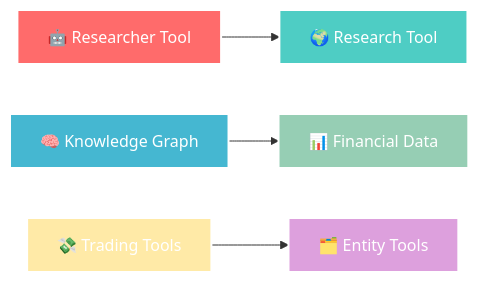
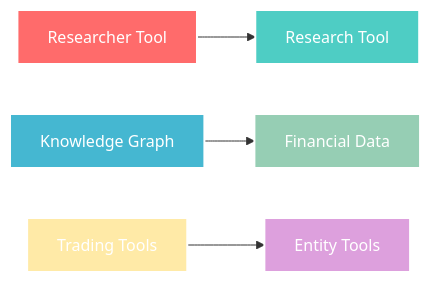
Before and after one commit to arneesh/mcp-autonomous-traders: the first of 2 diagrams in README.md, drawn with Mermaid. The commit also changed other lines of this file, not shown here.

````diff
--- a/README.md
+++ b/README.md
@@ -81,13 +81,13 @@
 ```mermaid
 graph LR
-    A[🤖 Researcher Tool] --> B[🌍 Research Tool]
-    C[🧠 Knowledge Graph] --> D[📊 Financial Data]
-    E[💸 Trading Tools] --> F[🗂️ Entity Tools]
-    
+    A[Researcher Tool] --> B[Research Tool]
+    C[Knowledge Graph] --> D[Financial Data]
+    E[Trading Tools] --> F[Entity Tools]
+
     style A fill:#ff6b6b,stroke:#fff,stroke-width:2px,color:#fff
     style B fill:#4ecdc4,stroke:#fff,stroke-width:2px,color:#fff
     style C fill:#45b7d1,stroke:#fff,stroke-width:2px,color:#fff
     style D fill:#96ceb4,stroke:#fff,stroke-width:2px,color:#fff
     style E fill:#ffeaa7,stroke:#fff,stroke-width:2px,color:#fff
     style F fill:#dda0dd,stroke:#fff,stroke-width:2px,color:#fff
 ```
````
